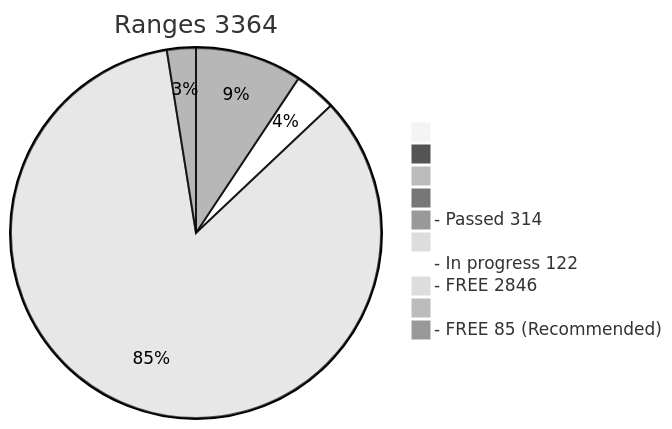
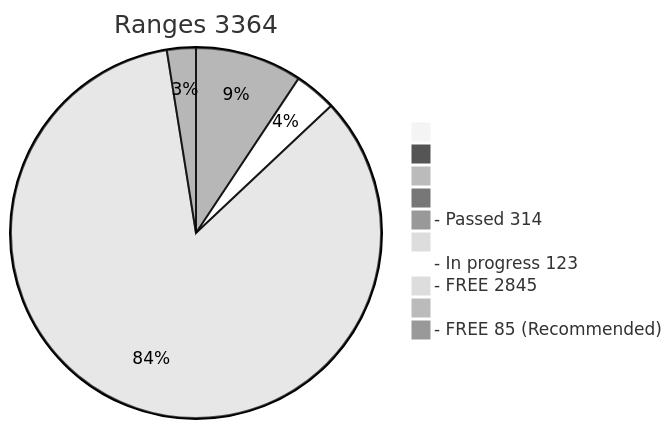
The diagram in x64/Release/table.md (phrutis/wif500), drawn with Mermaid (neutral theme) before and after one commit. The commit also changed other lines of this file, not shown here.

````diff
--- a/x64/Release/table.md
+++ b/x64/Release/table.md
@@ -2,13 +2,13 @@
 ```mermaid
 pie title Ranges 3364
   " " : 0
   "  " : 0
   "   " : 0
   "    " : 0
   "- Passed 314" : 314
   "     " : 0
-  "- In progress 122" : 122
-  "- FREE 2846" : 2846
+  "- In progress 123" : 123
+  "- FREE 2845" : 2845
   "      " : 0
   "- FREE 85 (Recommended)" : 85
 ```
````
